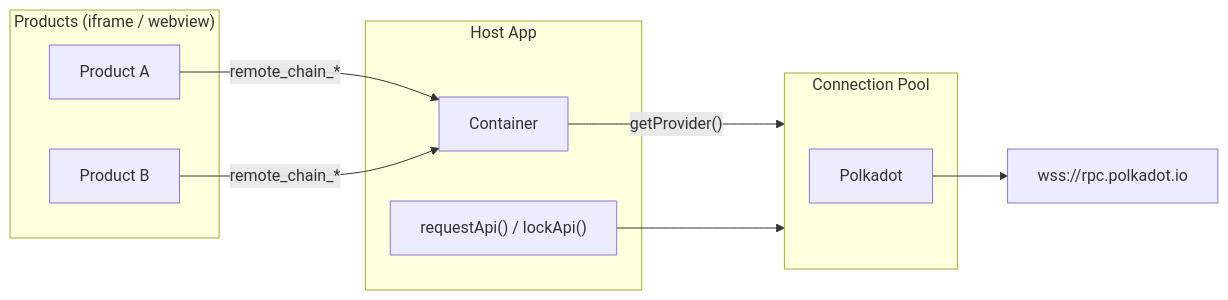
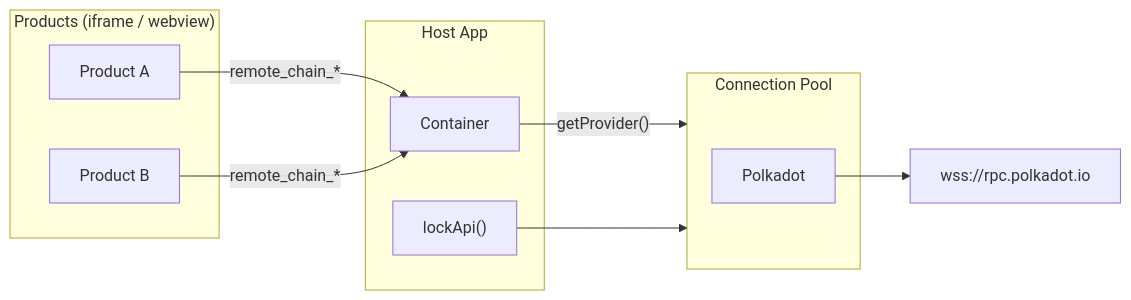
The diagram in packages/host-substrate-chain-connection/README.md (paritytech/triangle-js-sdks), drawn with Mermaid before and after one commit. The commit also changed other lines of this file and 4 other files, not shown here.

````diff
--- a/packages/host-substrate-chain-connection/README.md
+++ b/packages/host-substrate-chain-connection/README.md
@@ -449,24 +431,24 @@
 ```mermaid
 graph LR
   subgraph Products ["Products (iframe / webview)"]
     P1["Product A"]
     P2["Product B"]
   end
 
   subgraph Host App
-    HA["requestApi() / lockApi()"]
+    HA["lockApi()"]
     Container
   end
 
   P1 -- "remote_chain_*" --> Container
   P2 -- "remote_chain_*" --> Container
   Container -- "getProvider()" --> Pool
 
   HA --> Pool
 
   subgraph Pool ["Connection Pool"]
     C1["Polkadot"]
   end
 
   C1 --> W1["wss://rpc.polkadot.io"]
 ```
````
